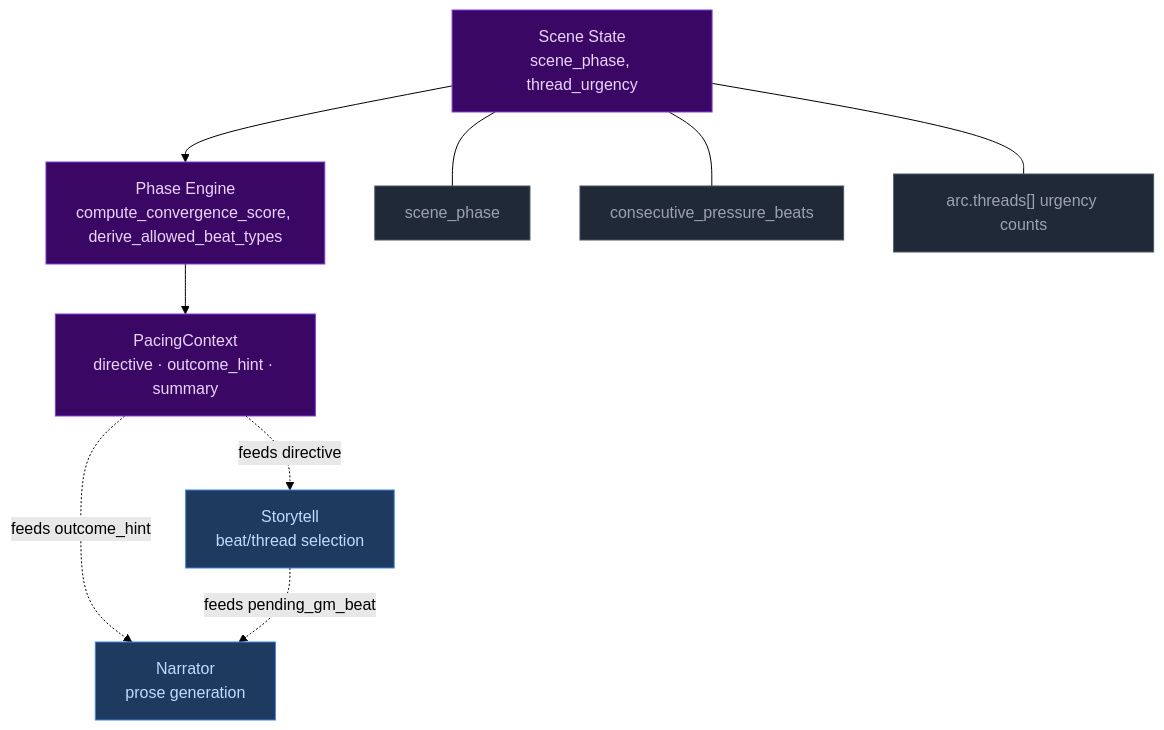
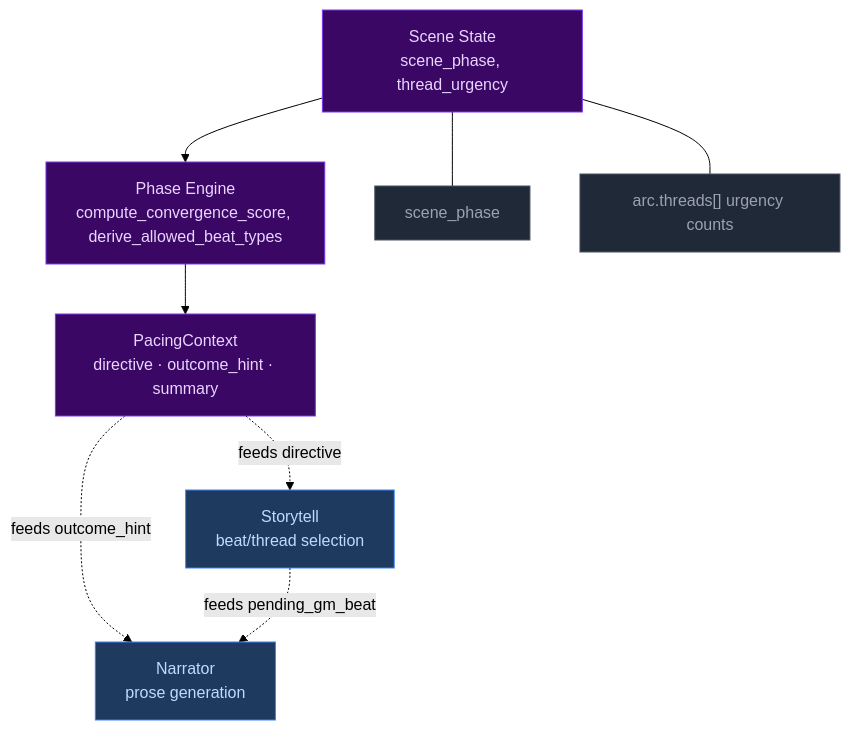
Before and after one commit to pww217/fablethread: the first of 7 diagrams in docs/architecture/pacing-systems.md, drawn with Mermaid (forest theme). The commit also changed other lines of this file and 6 other files, not shown here.

````diff
--- a/docs/architecture/pacing-systems.md
+++ b/docs/architecture/pacing-systems.md
@@ -9,21 +9,20 @@
 ```mermaid
 flowchart TD
     classDef system fill:#3b0764,color:#e9d5ff,stroke:#7c3aed,strokeWidth:2px
     classDef shared fill:#1f2937,color:#9ca3af,stroke:#4b5563,strokeWidth:1px
     classDef output fill:#1e3a5f,color:#bfdbfe,stroke:#3b82f6
 
     S["Scene State<br>scene_phase, thread_urgency"]:::system
     PE["Phase Engine<br>compute_convergence_score, derive_allowed_beat_types"]:::system
     PC["PacingContext<br>directive · outcome_hint · summary"]:::system
     N["Narrator<br>prose generation"]:::output
     SB["Storytell<br>beat/thread selection"]:::output
 
     S --- shared1["scene_phase"]:::shared
-    S --- shared2["consecutive_pressure_beats"]:::shared
-    S --- shared3["arc.threads[] urgency counts"]:::shared
+    S --- shared2["arc.threads[] urgency counts"]:::shared
 
     S --> PE --> PC
     PC -. "feeds outcome_hint" .-> N
     PC -. "feeds directive" .-> SB
     SB -. "feeds pending_gm_beat" .-> N
 ```
````
